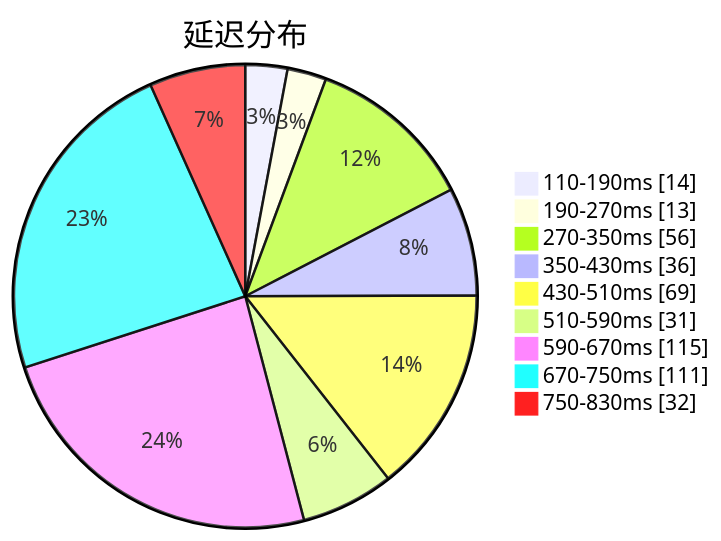
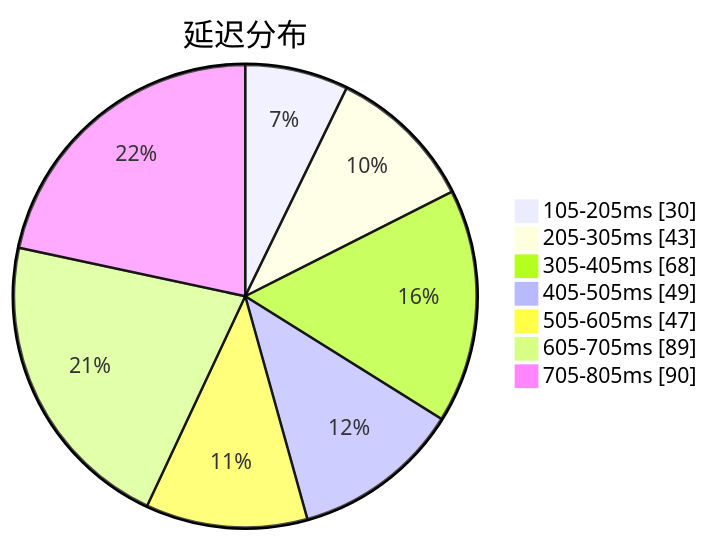
The first of 3 diagrams in subs/statistics/tested_within.md (sinspired/airport), drawn with Mermaid before and after one commit. The commit also changed other lines of this file and 2 other files, not shown here.

````diff
--- a/subs/statistics/tested_within.md
+++ b/subs/statistics/tested_within.md
@@ -2,13 +2,11 @@
 ```mermaid
 pie showData
 title 延迟分布
-"110-190ms" : 14
-"190-270ms" : 13
-"270-350ms" : 56
-"350-430ms" : 36
-"430-510ms" : 69
-"510-590ms" : 31
-"590-670ms" : 115
-"670-750ms" : 111
-"750-830ms" : 32
+"105-205ms" : 30
+"205-305ms" : 43
+"305-405ms" : 68
+"405-505ms" : 49
+"505-605ms" : 47
+"605-705ms" : 89
+"705-805ms" : 90
 ```
````
